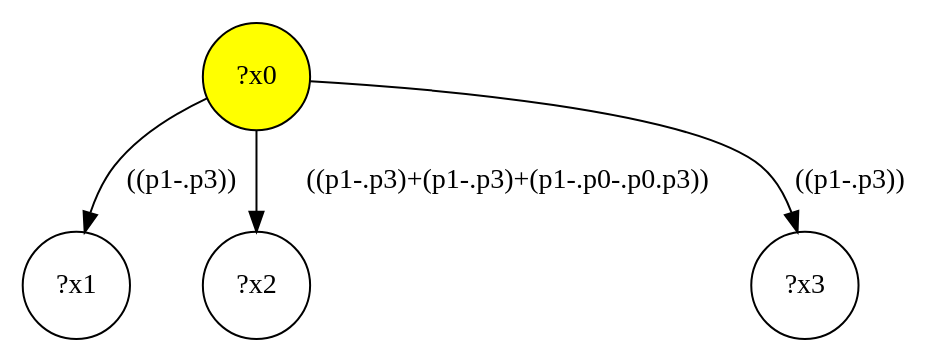
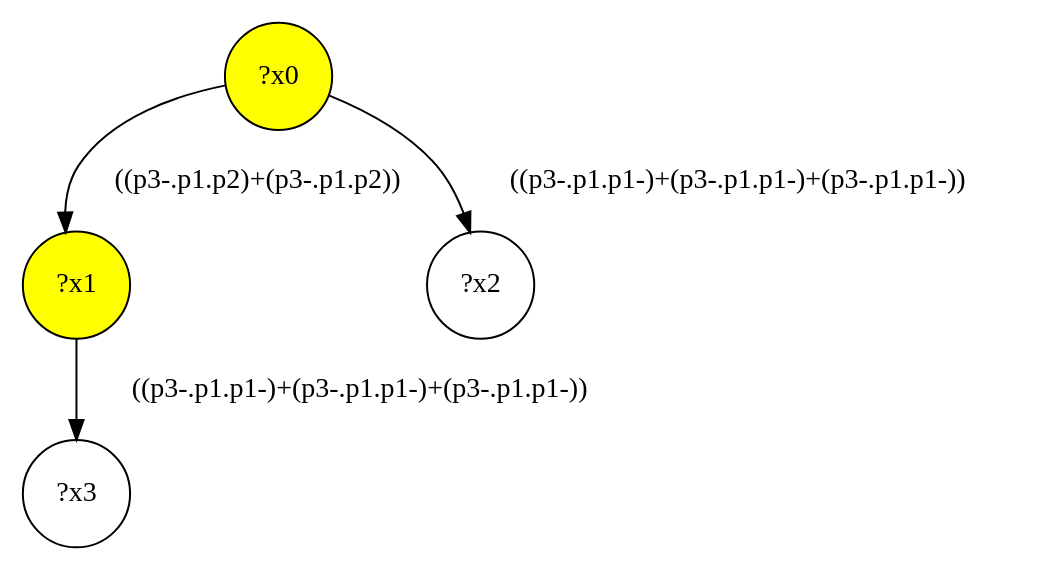
The diagram in src/queryinterface/interface-queries/query-6.dot (gbagan/gmark), drawn with Graphviz before and after one commit. The commit also changed 153 other files, not shown here.

```diff
--- a/src/queryinterface/interface-queries/query-6.dot
+++ b/src/queryinterface/interface-queries/query-6.dot
@@ -1,9 +1,9 @@
 digraph g {
 	x0 [fillcolor="yellow", style="filled," shape=circle, label="?x0"];
-	x1 [shape=circle, label="?x1"];
-	x0 -> x1 [label="((p1-.p3))"];
+	x1 [fillcolor="yellow", style="filled," shape=circle, label="?x1"];
+	x0 -> x1 [label="((p3-.p1.p2)+(p3-.p1.p2))"];
 	x2 [shape=circle, label="?x2"];
-	x0 -> x2 [label="((p1-.p3)+(p1-.p3)+(p1-.p0-.p0.p3))"];
+	x0 -> x2 [label="((p3-.p1.p1-)+(p3-.p1.p1-)+(p3-.p1.p1-))"];
 	x3 [shape=circle, label="?x3"];
-	x0 -> x3 [label="((p1-.p3))"];
+	x1 -> x3 [label="((p3-.p1.p1-)+(p3-.p1.p1-)+(p3-.p1.p1-))"];
 }
```
